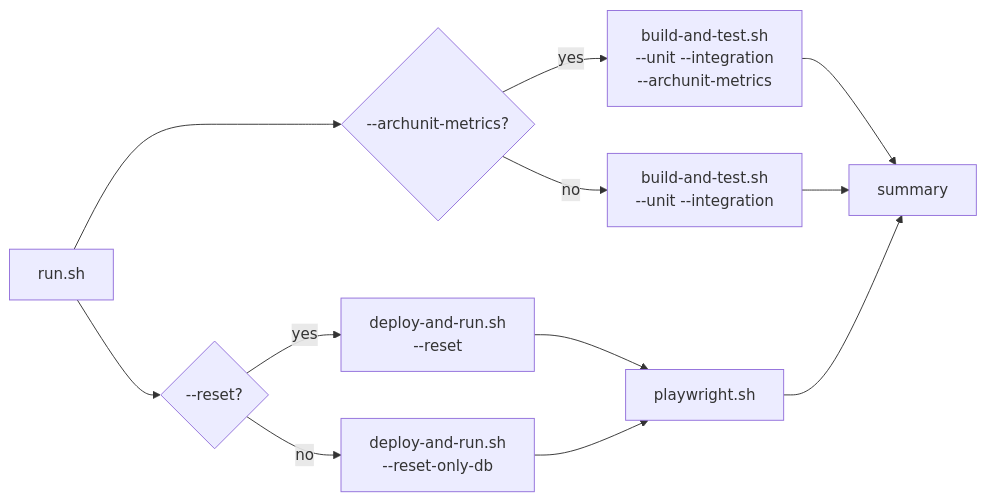
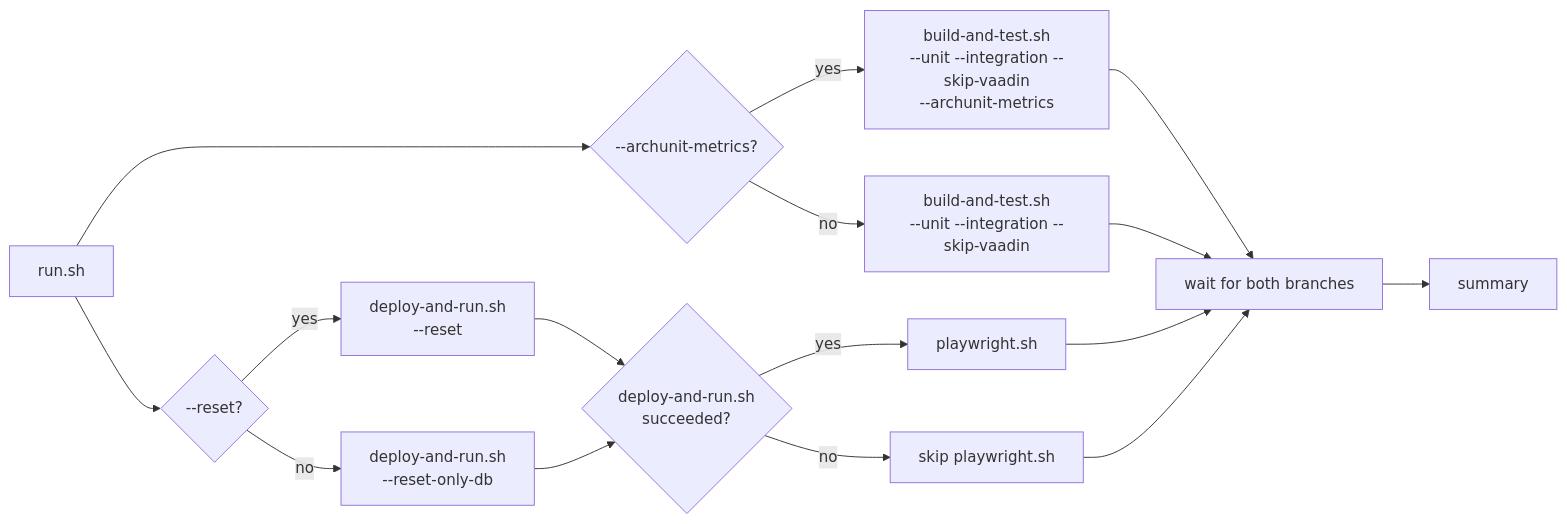
Before and after one commit to OstMutant/Advertisement: the diagram in scripts/run-all-tests/README.md, drawn with Mermaid. The commit also changed 26 other files, not shown here.

First line of the commit message:
feat(improvement-222): the architecture map no longer uses Mermaid, its diagrams and the text around them follow the code, the task is closed

````diff
--- a/scripts/run-all-tests/README.md
+++ b/scripts/run-all-tests/README.md
@@ -12,12 +12,13 @@
 ```mermaid
 flowchart LR
     R[run.sh] --> C{"--archunit-metrics?"}
-    C -->|yes| B["build-and-test.sh<br/>--unit --integration<br/>--archunit-metrics"]
-    C -->|no| B2["build-and-test.sh<br/>--unit --integration"]
+    C -->|yes| B["build-and-test.sh<br/>--unit --integration --skip-vaadin<br/>--archunit-metrics"] --> W
+    C -->|no| B2["build-and-test.sh<br/>--unit --integration --skip-vaadin"] --> W
     R --> D{"--reset?"}
-    D -->|yes| D1["deploy-and-run.sh<br/>--reset"] --> P[playwright.sh]
-    D -->|no| D2["deploy-and-run.sh<br/>--reset-only-db"] --> P
-    B --> S[summary]
-    B2 --> S
-    P --> S
+    D -->|yes| D1["deploy-and-run.sh<br/>--reset"] --> E
+    D -->|no| D2["deploy-and-run.sh<br/>--reset-only-db"] --> E
+    E{"deploy-and-run.sh<br/>succeeded?"}
+    E -->|yes| P[playwright.sh] --> W
+    E -->|no| X[skip playwright.sh] --> W
+    W[wait for both branches] --> S[summary]
 ```
````
